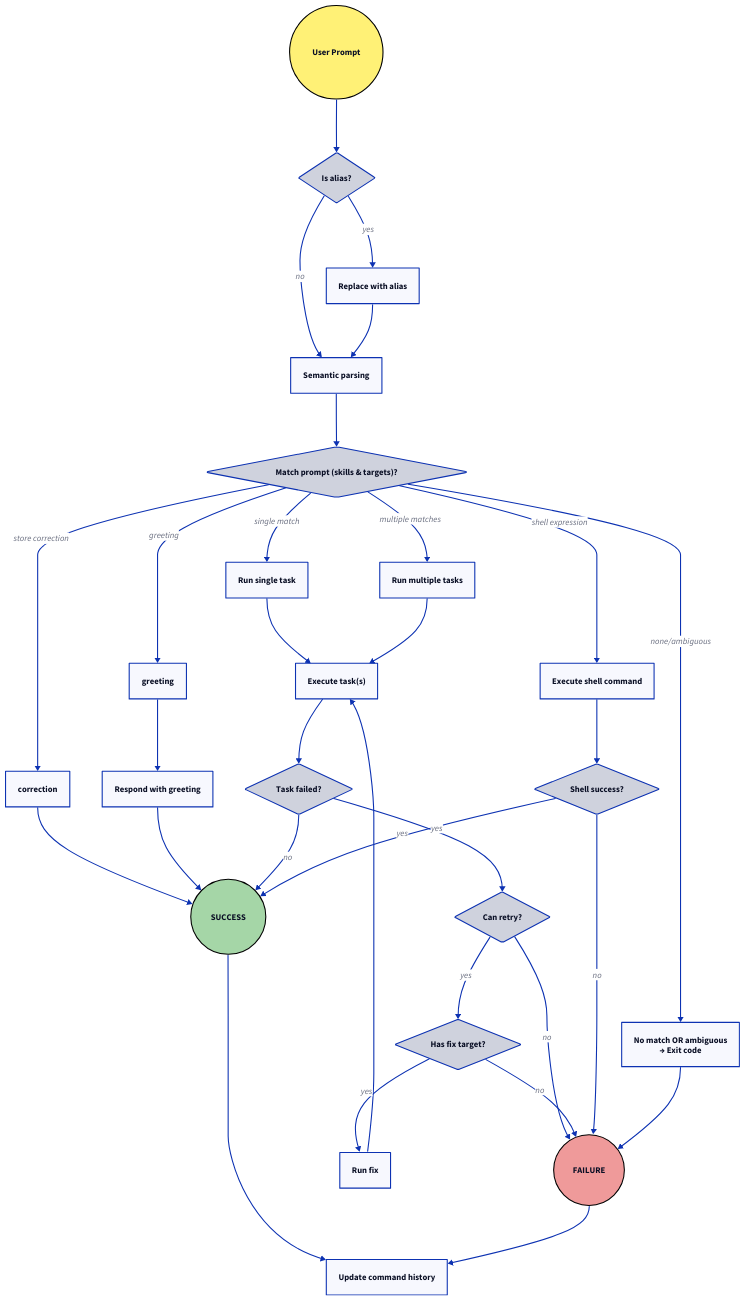
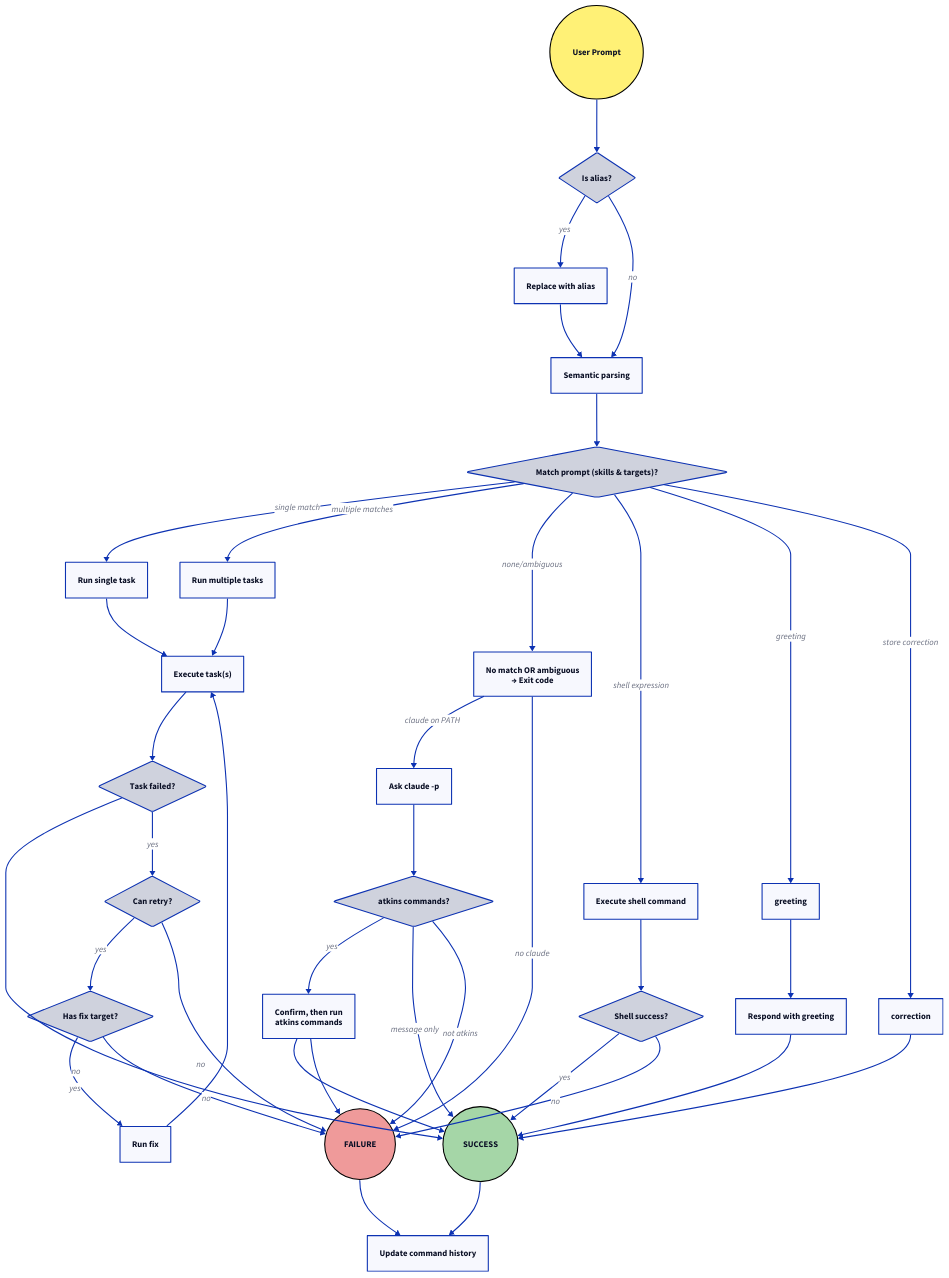
One commit to titpetric/atkins changed the diagram in agent/structure.d2. Above: the diagram before and after it, drawn with D2. The commit also changed 17 other files, not shown here.

First line of the commit message:
refactor(agent): one AI fallback path for both entry points

```diff
--- a/agent/structure.d2
+++ b/agent/structure.d2
@@ -1,101 +1,115 @@
 direction: down
 
 # ===== START NODE =====
 main_prompt: "User Prompt"
-main_prompt.style.fill: "#FFF176"  # pastel yellow
+main_prompt.style.fill: "#FFF176" # pastel yellow
 main_prompt.shape: circle
 main_prompt.style.stroke: black
 
 # ===== MAIN PIPELINE =====
 main_is_alias: "Is alias?"
 main_is_alias.shape: diamond
 main_semantic: "Semantic parsing"
 main_match: "Match prompt (skills & targets)?"
 main_match.shape: diamond
 main_no_match: "No match OR ambiguous\n→ Exit code"
 
 main_prompt -> main_is_alias
 
 main_is_alias -> alias_replace: "yes"
 main_is_alias -> main_semantic: "no"
 
 alias_replace: "Replace with alias"
 alias_replace -> main_semantic
 
 main_semantic -> main_match
 
 main_match -> exec_single: "single match"
 main_match -> exec_multi: "multiple matches"
 main_match -> main_no_match: "none/ambiguous"
 main_match -> shell_exec: "shell expression"
 main_match -> greeting: "greeting"
 main_match -> correction: "store correction"
 correction -> main_success
 
 # ===== GREETING FLOW =====
 greet_response: "Respond with greeting"
 greet_response -> main_success
 
 greeting -> greet_response
 
 # ===== EXECUTION FLOW =====
 
 exec_single: "Run single task"
 exec_multi: "Run multiple tasks"
 
 exec_single -> exec_start
 exec_multi -> exec_start
 
 exec_start: "Execute task(s)"
 exec_start -> exec_failed
 
 exec_failed: "Task failed?"
 exec_failed.shape: diamond
 
 exec_failed -> main_success: "no"
 exec_failed -> exec_can_retry: "yes"
 
 exec_can_retry: "Can retry?"
 exec_can_retry.shape: diamond
 
 exec_can_retry -> exec_has_fix: "yes"
 exec_can_retry -> main_failure: "no"
 
 exec_has_fix: "Has fix target?"
 exec_has_fix.shape: diamond
 
 exec_has_fix -> exec_run_fix: "yes"
 exec_has_fix -> main_failure: "no"
 
 exec_run_fix: "Run fix"
 exec_run_fix -> exec_start
 
 # ===== SHELL FLOW =====
 shell_exec: "Execute shell command"
 shell_exec -> shell_result
 
 shell_result: "Shell success?"
 shell_result.shape: diamond
 
 shell_result -> main_success: "yes"
 shell_result -> main_failure: "no"
 
 # ===== NO MATCH =====
-main_no_match -> main_failure
+main_no_match -> ai_ask: "claude on PATH"
+main_no_match -> main_failure: "no claude"
+
+# ===== AI FALLBACK =====
+ai_ask: "Ask claude -p"
+ai_valid: "atkins commands?"
+ai_valid.shape: diamond
+ai_run: "Confirm, then run\natkins commands"
+
+ai_ask -> ai_valid
+ai_valid -> ai_run: "yes"
+ai_valid -> main_success: "message only"
+ai_valid -> main_failure: "not atkins"
+ai_run -> main_success
+ai_run -> main_failure
 
 # ===== TERMINAL STATES =====
 main_success: "SUCCESS"
-main_success.style.fill: "#A5D6A7"  # pastel green
+main_success.style.fill: "#A5D6A7" # pastel green
 main_success.style.stroke: black
 main_success.shape: circle
 
 main_failure: "FAILURE"
-main_failure.style.fill: "#EF9A9A"  # pastel red
+main_failure.style.fill: "#EF9A9A" # pastel red
 main_failure.style.stroke: black
 main_failure.shape: circle
 
 # ===== POST-TERMINAL HISTORY =====
 exec_history: "Update command history"
 
 main_success -> exec_history
 main_failure -> exec_history
```
